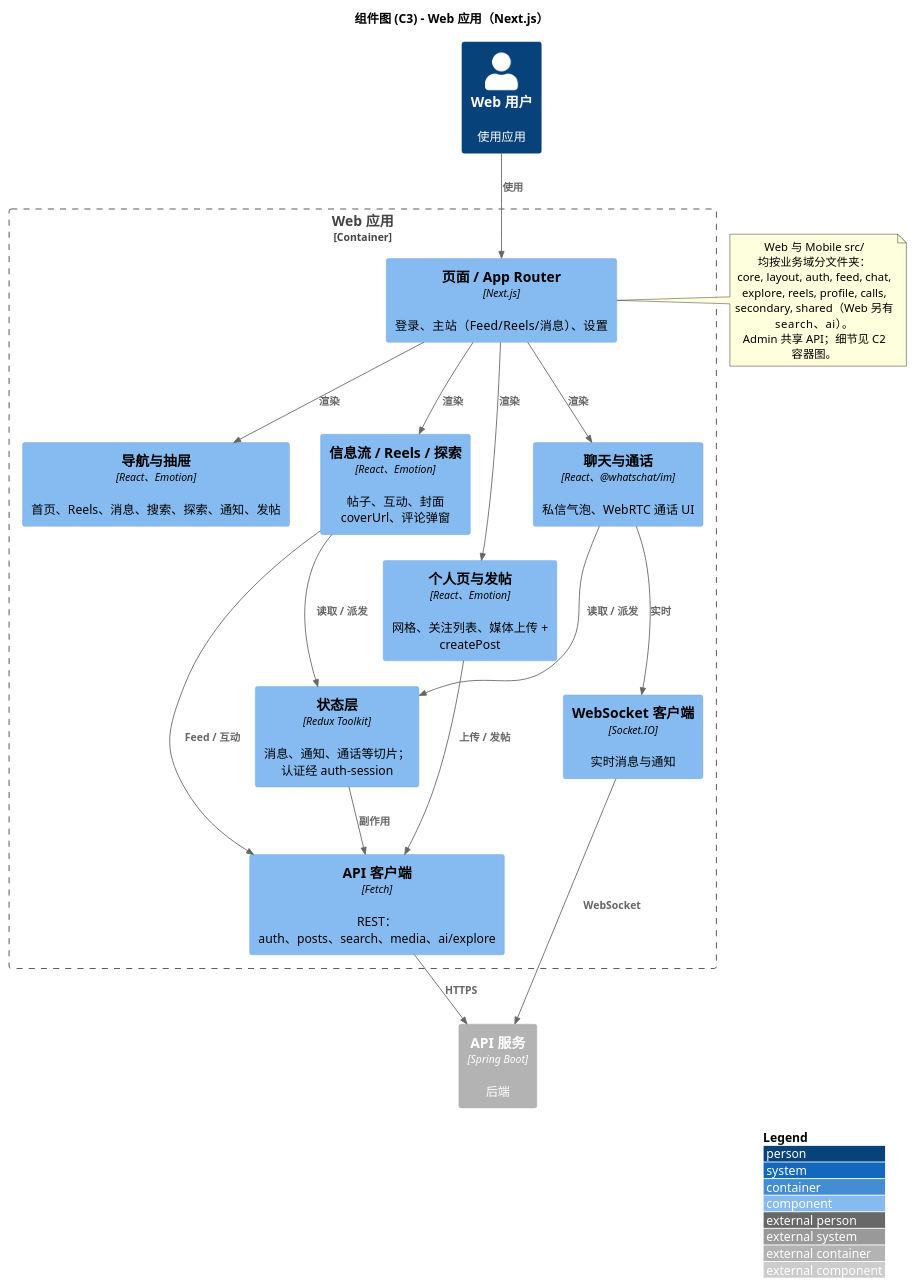
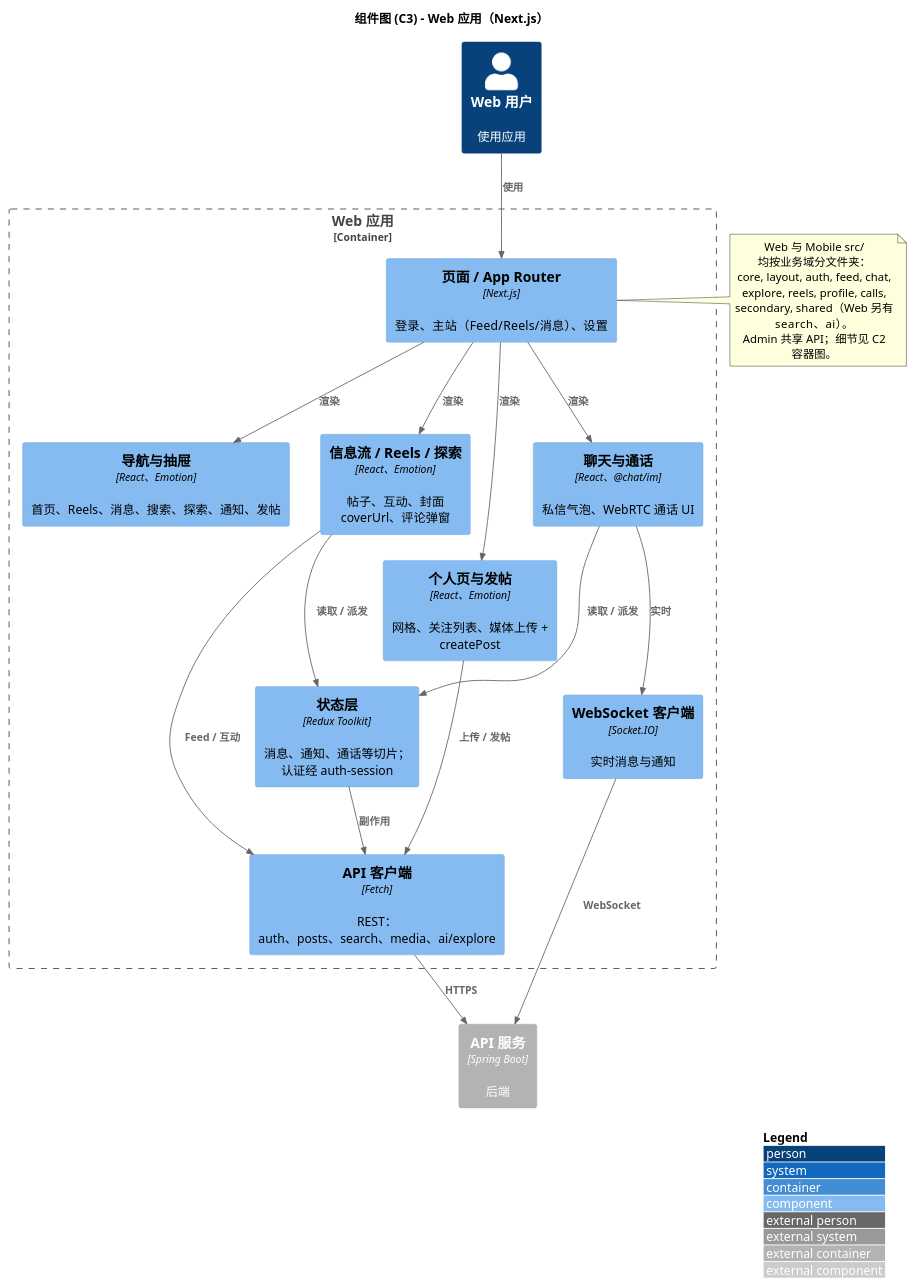
One commit to felixzhu97/explore-chat changed the diagram in docs/developer/c4-model/C3-Component-Frontend.puml. Above: the diagram before and after it, drawn with PlantUML. The commit also changed 10 other files, not shown here.

```diff
--- a/docs/developer/c4-model/C3-Component-Frontend.puml
+++ b/docs/developer/c4-model/C3-Component-Frontend.puml
@@ -1,44 +1,44 @@
 @startuml C3-Component-Frontend
 !include https://raw.githubusercontent.com/plantuml-stdlib/C4-PlantUML/master/C4_Component.puml
 
 LAYOUT_WITH_LEGEND()
 
 title 组件图 (C3) - Web 应用（Next.js）
 
 Container_Boundary(web_app, "Web 应用") {
   Component(pages, "页面 / App Router", "Next.js", "登录、主站（Feed/Reels/消息）、设置")
   Component(nav_ui, "导航与抽屉", "React、Emotion", "首页、Reels、消息、搜索、探索、通知、发帖")
   Component(feed_ui, "信息流 / Reels / 探索", "React、Emotion", "帖子、互动、封面 coverUrl、评论弹窗")
-  Component(chat_ui, "聊天与通话", "React、@whatschat/im", "私信气泡、WebRTC 通话 UI")
+  Component(chat_ui, "聊天与通话", "React、@chat/im", "私信气泡、WebRTC 通话 UI")
   Component(profile_ui, "个人页与发帖", "React、Emotion", "网格、关注列表、媒体上传 + createPost")
   Component(state, "状态层", "Redux Toolkit", "消息、通知、通话等切片；认证经 auth-session")
   Component(api_client, "API 客户端", "Fetch", "REST：auth、posts、search、media、ai/explore")
   Component(ws_client, "WebSocket 客户端", "Socket.IO", "实时消息与通知")
 }
 
 Container_Ext(api_server, "API 服务", "Spring Boot", "后端")
 Person(user, "Web 用户", "使用应用")
 
 Rel(user, pages, "使用")
 Rel(pages, nav_ui, "渲染")
 Rel(pages, feed_ui, "渲染")
 Rel(pages, chat_ui, "渲染")
 Rel(pages, profile_ui, "渲染")
 Rel(feed_ui, state, "读取 / 派发")
 Rel(chat_ui, state, "读取 / 派发")
 Rel(profile_ui, api_client, "上传 / 发帖")
 Rel(feed_ui, api_client, "Feed / 互动")
 Rel(chat_ui, ws_client, "实时")
 Rel(state, api_client, "副作用")
 Rel(api_client, api_server, "HTTPS")
 Rel(ws_client, api_server, "WebSocket")
 
 note right of pages
   Web 与 Mobile src/ 均按业务域分文件夹：
   core, layout, auth, feed, chat,
   explore, reels, profile, calls,
   secondary, shared（Web 另有 search、ai）。
   Admin 共享 API；细节见 C2 容器图。
 end note
 
 @enduml
```
